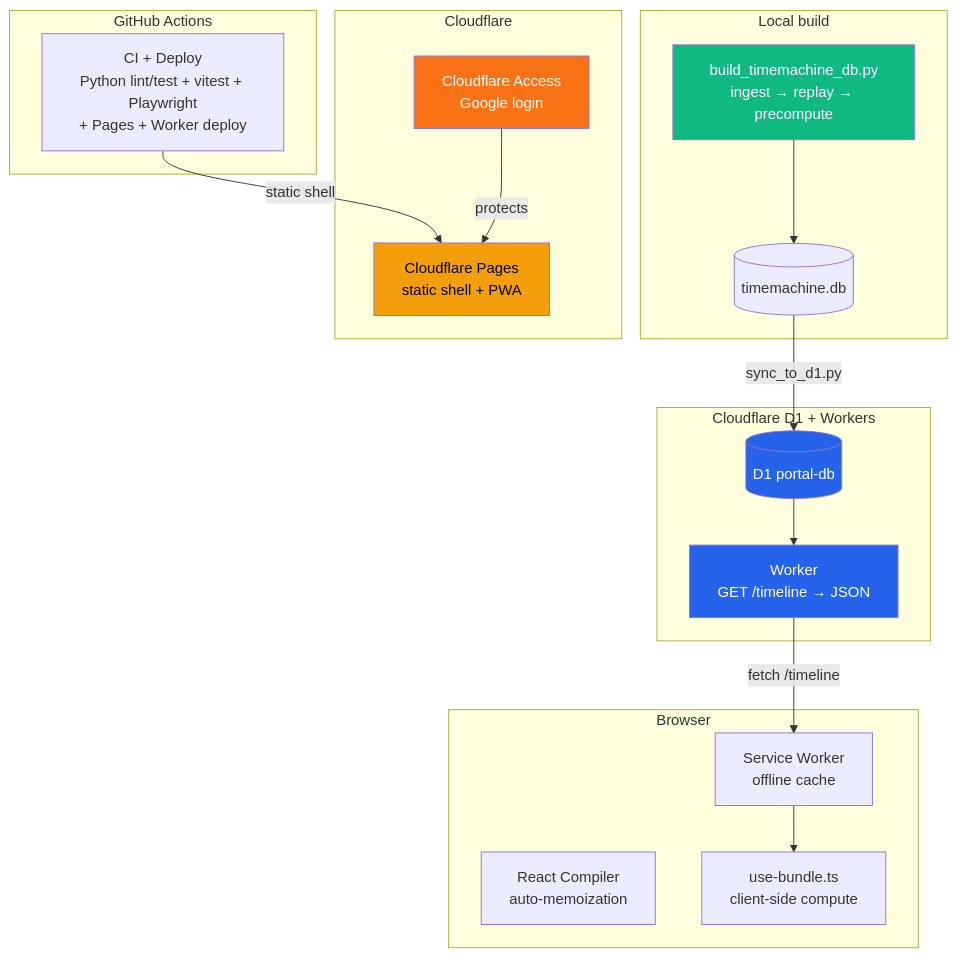
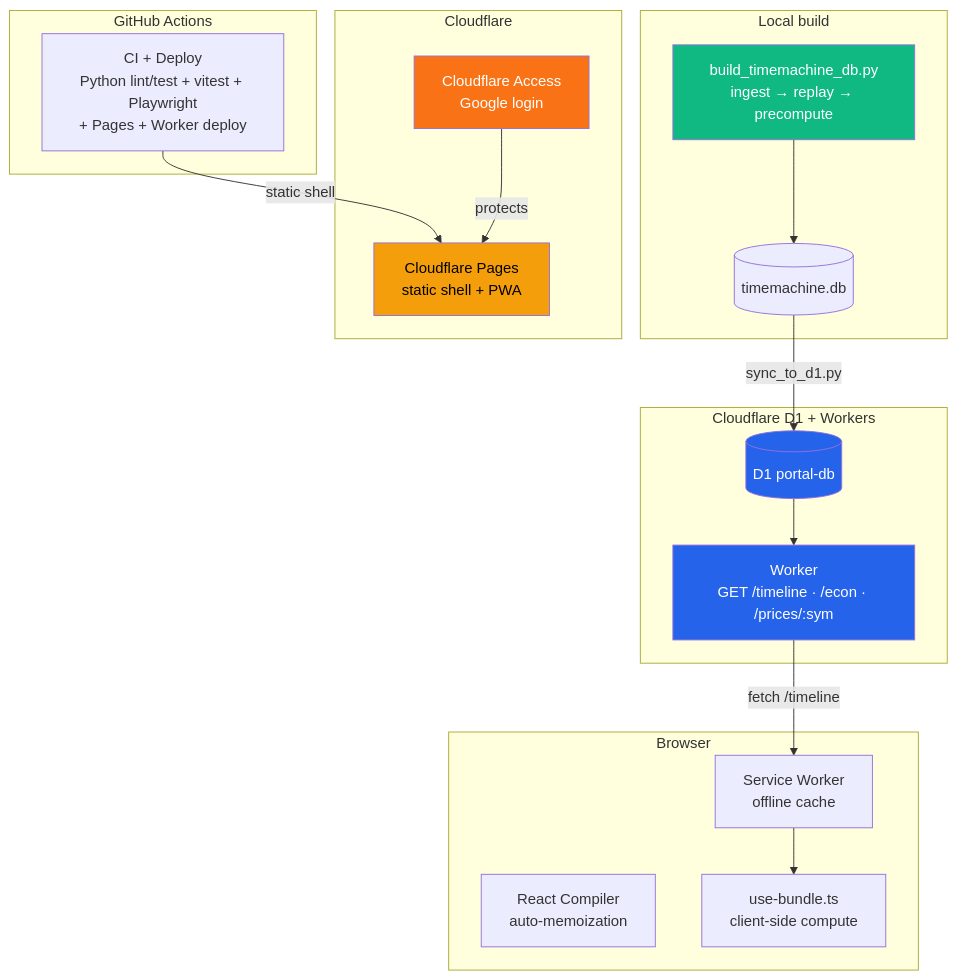
One commit to Guoyuer/portal changed the first of 3 diagrams in README.md. Above: the diagram before and after it, drawn with Mermaid. The commit also changed other lines of this file and 4 other files, not shown here.

First line of the commit message:
docs: update all docs to reflect current architecture

````diff
--- a/README.md
+++ b/README.md
@@ -9,41 +9,41 @@
 ```mermaid
 graph TB
     subgraph "Local build"
         BUILD["build_timemachine_db.py<br/>ingest → replay → precompute"]
         DB[(timemachine.db)]
     end
 
     subgraph "Cloudflare D1 + Workers"
         D1[(D1 portal-db)]
-        WORKER["Worker<br/>GET /timeline → JSON"]
+        WORKER["Worker<br/>GET /timeline · /econ · /prices/:sym"]
     end
 
     subgraph "GitHub Actions"
         CI["CI + Deploy<br/>Python lint/test + vitest + Playwright<br/>+ Pages + Worker deploy"]
     end
 
     subgraph "Cloudflare"
         ACCESS["Cloudflare Access<br/>Google login"]
         PAGES["Cloudflare Pages<br/>static shell + PWA"]
     end
 
     subgraph "Browser"
         SW["Service Worker<br/>offline cache"]
         RC["React Compiler<br/>auto-memoization"]
         COMPUTE["use-bundle.ts<br/>client-side compute"]
     end
 
     BUILD --> DB
     DB -->|sync_to_d1.py| D1
     D1 --> WORKER
     CI -->|static shell| PAGES
     WORKER -->|"fetch /timeline"| SW
     SW --> COMPUTE
     ACCESS -->|protects| PAGES
 
     style BUILD fill:#10b981,color:#fff
     style WORKER fill:#2563eb,color:#fff
     style PAGES fill:#f59e0b,color:#000
     style ACCESS fill:#f97316,color:#fff
     style D1 fill:#2563eb,color:#fff
 ```
````
